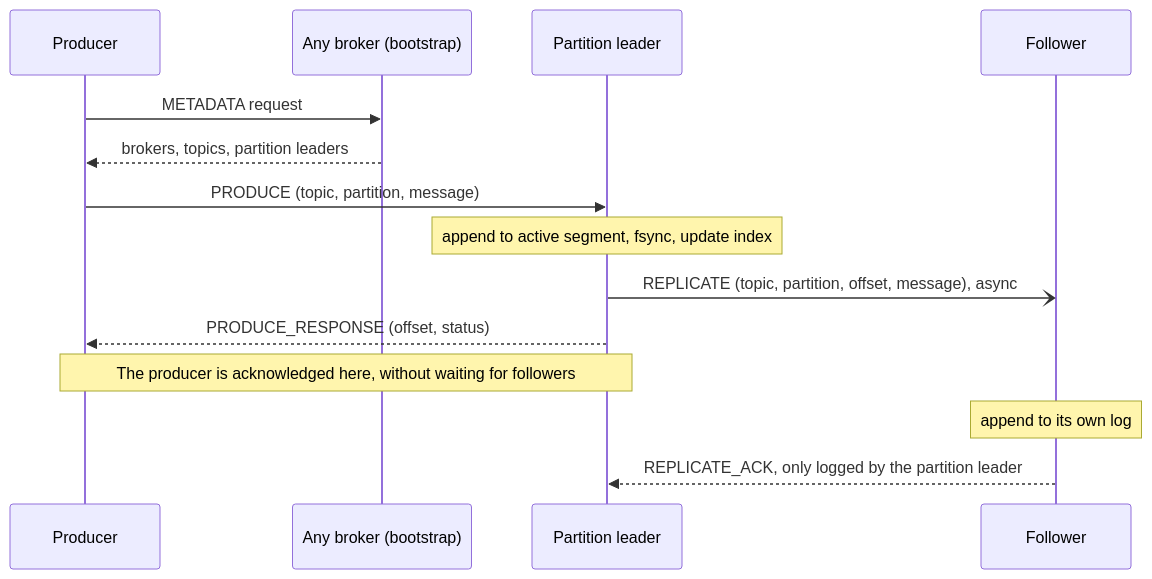
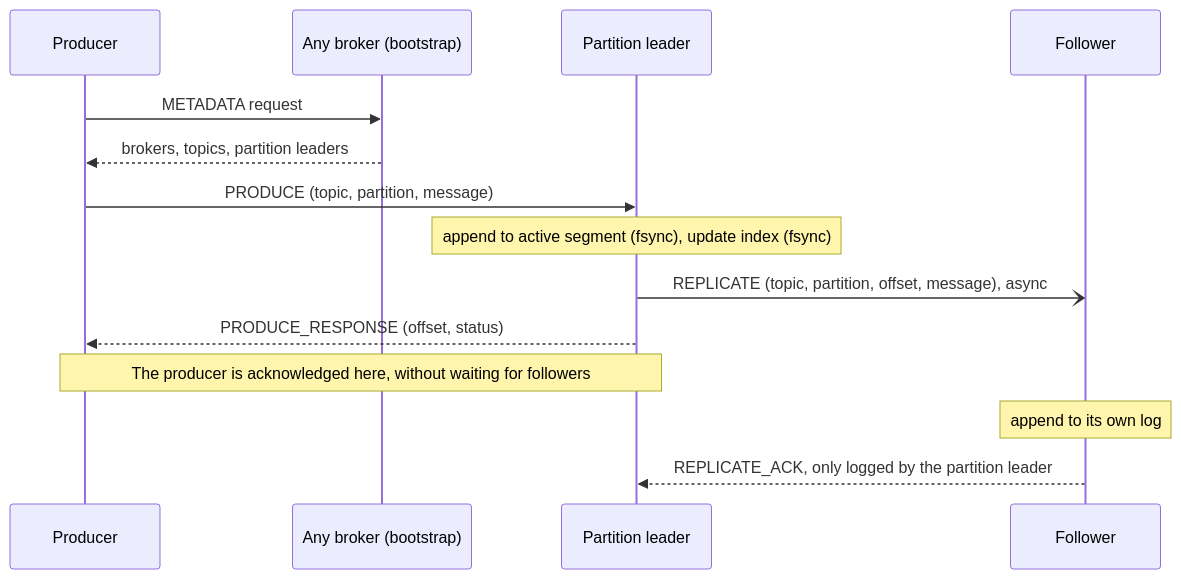
Before and after one commit to kratikbhadoriya/SimpleKafka: the second of 2 diagrams in README.md, drawn with Mermaid. The commit also changed other lines of this file and 2 other files, not shown here.

````diff
--- a/README.md
+++ b/README.md
@@ -95,17 +95,17 @@
 ```mermaid
 sequenceDiagram
     participant P as Producer
     participant B as Any broker (bootstrap)
     participant L as Partition leader
     participant F as Follower
 
     P->>B: METADATA request
     B-->>P: brokers, topics, partition leaders
     P->>L: PRODUCE (topic, partition, message)
-    Note over L: append to active segment, fsync, update index
+    Note over L: append to active segment (fsync), update index (fsync)
     L-)F: REPLICATE (topic, partition, offset, message), async
     L-->>P: PRODUCE_RESPONSE (offset, status)
     Note over L,P: The producer is acknowledged here, without waiting for followers
     Note over F: append to its own log
     F-->>L: REPLICATE_ACK, only logged by the partition leader
 ```
````
